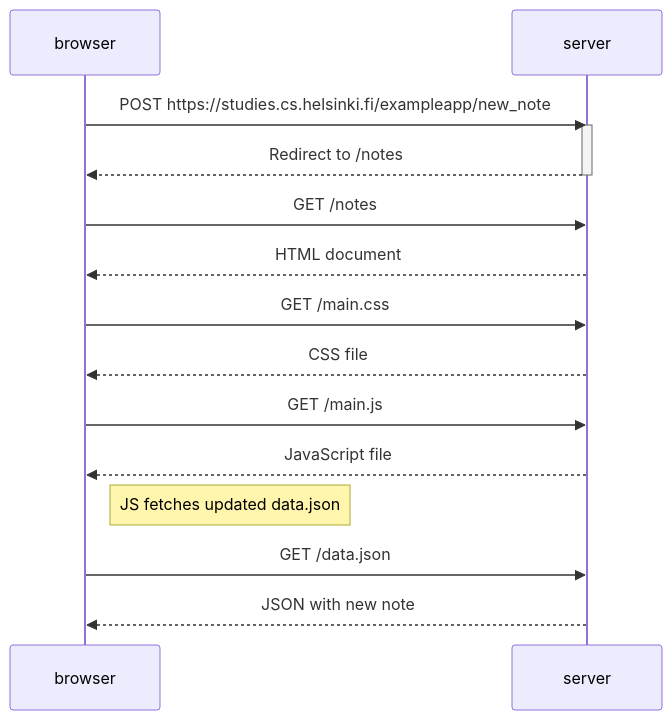
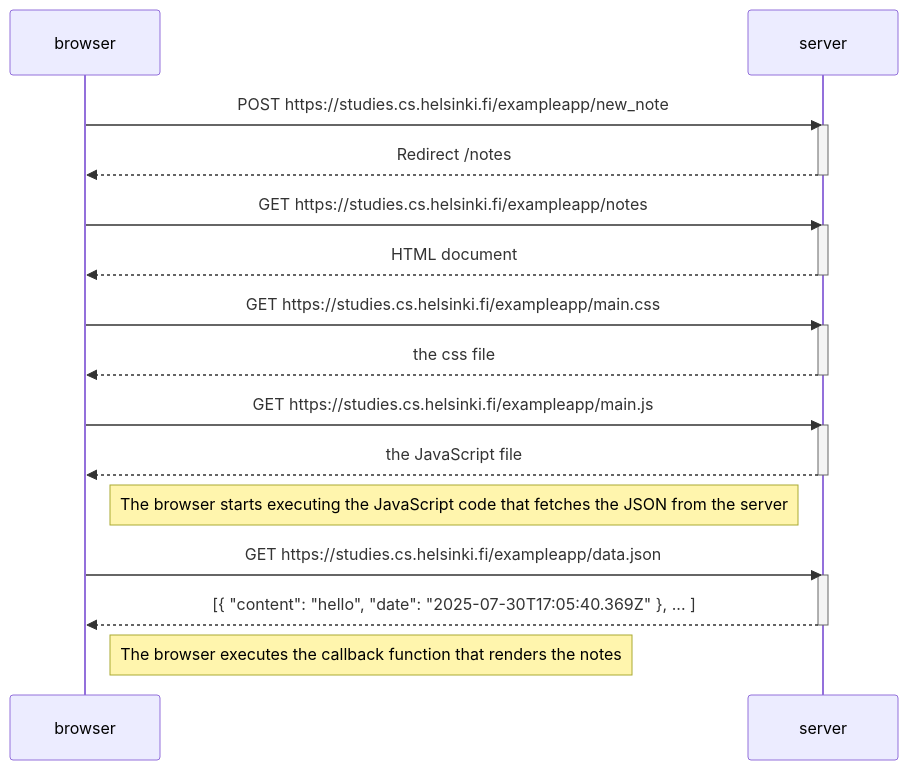
Before and after one commit to dav2004555/it: the diagram in part0/0.4/README.md, drawn with Mermaid. The commit also changed 2 other files, not shown here.

Commit message:
Fixed closing code block for 0.4 0.5 0.6

````diff
--- a/part0/0.4/README.md
+++ b/part0/0.4/README.md
@@ -2,24 +2,34 @@
 ```mermaid
 sequenceDiagram
     participant browser
     participant server
 
-    browser->>server: POST https://studies.cs.helsinki.fi/exampleapp/new_note
+browser->>server: POST https://studies.cs.helsinki.fi/exampleapp/new_note
     activate server
-    server-->>browser: Redirect to /notes
+    server-->>browser: Redirect /notes 
     deactivate server
 
-    browser->>server: GET /notes
+browser->>server: GET https://studies.cs.helsinki.fi/exampleapp/notes
+    activate server
     server-->>browser: HTML document
+    deactivate server
 
-    browser->>server: GET /main.css
-    server-->>browser: CSS file
+    browser->>server: GET https://studies.cs.helsinki.fi/exampleapp/main.css
+    activate server
+    server-->>browser: the css file
+    deactivate server
 
-    browser->>server: GET /main.js
-    server-->>browser: JavaScript file
+    browser->>server: GET https://studies.cs.helsinki.fi/exampleapp/main.js
+    activate server
+    server-->>browser: the JavaScript file
+    deactivate server
 
-    Note right of browser: JS fetches updated data.json
+    Note right of browser: The browser starts executing the JavaScript code that fetches the JSON from the server
 
-    browser->>server: GET /data.json
-    server-->>browser: JSON with new note
+    browser->>server: GET https://studies.cs.helsinki.fi/exampleapp/data.json
+    activate server
+    server-->>browser: [{ "content": "hello", "date": "2025-07-30T17:05:40.369Z" }, ... ]
+    deactivate server
+
+    Note right of browser: The browser executes the callback function that renders the notes
 ``` 
````
